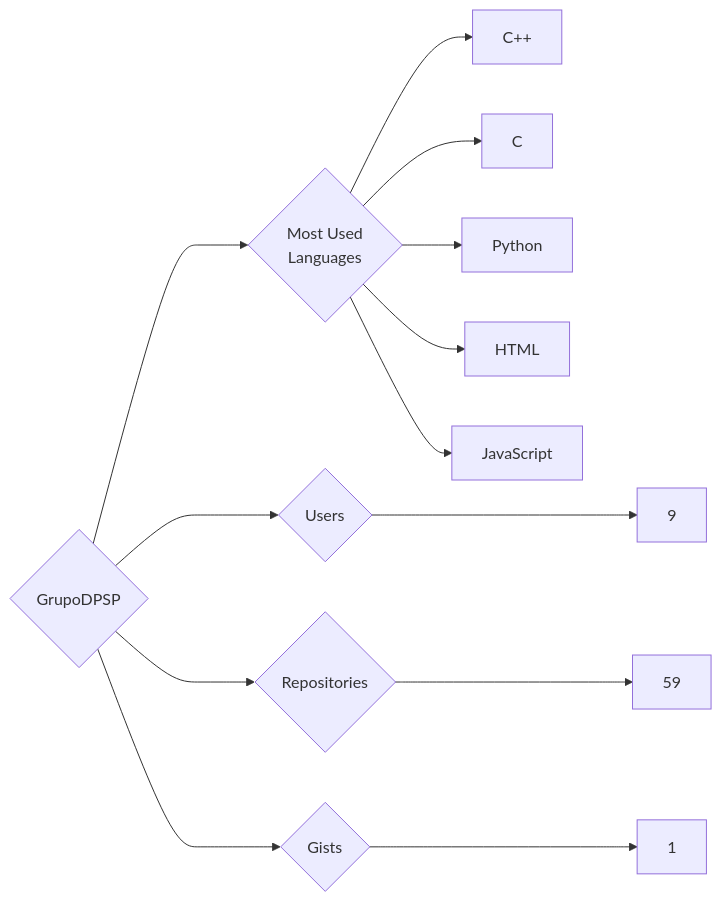
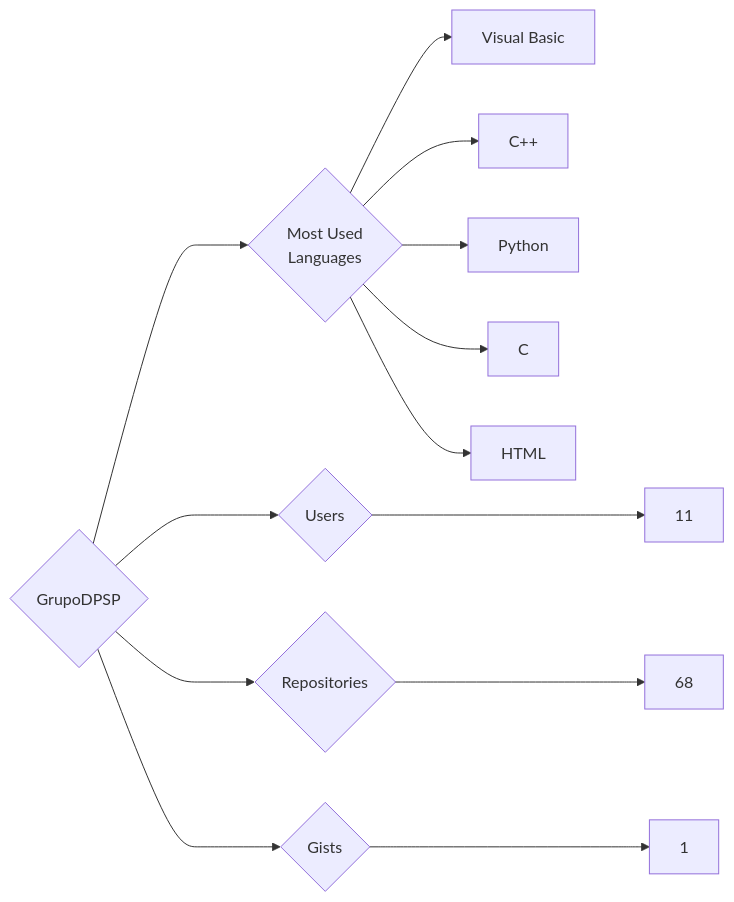
One commit to trickest/insiders changed the diagram in targets/GrupoDPSP/README.md. Above: the diagram before and after it, drawn with Mermaid. The commit also changed 1055 other files, not shown here.

````diff
--- a/targets/GrupoDPSP/README.md
+++ b/targets/GrupoDPSP/README.md
@@ -3,13 +3,13 @@
 ```mermaid
 graph LR
 COMPANY_NAME{GrupoDPSP}
-COMPANY_NAME ---> U{Users} ---> UN[9]
-COMPANY_NAME ---> R{Repositories} ---> RN[59]
+COMPANY_NAME ---> U{Users} ---> UN[11]
+COMPANY_NAME ---> R{Repositories} ---> RN[68]
 COMPANY_NAME ---> G{Gists} ---> GN[1]
 COMPANY_NAME ---> ML{Most Used<br>Languages}
+ML --> Visual_Basic[Visual Basic]
 ML --> C++[C++]
+ML --> Python[Python]
 ML --> C[C]
-ML --> Python[Python]
 ML --> HTML[HTML]
-ML --> JavaScript[JavaScript]
 ```
````
